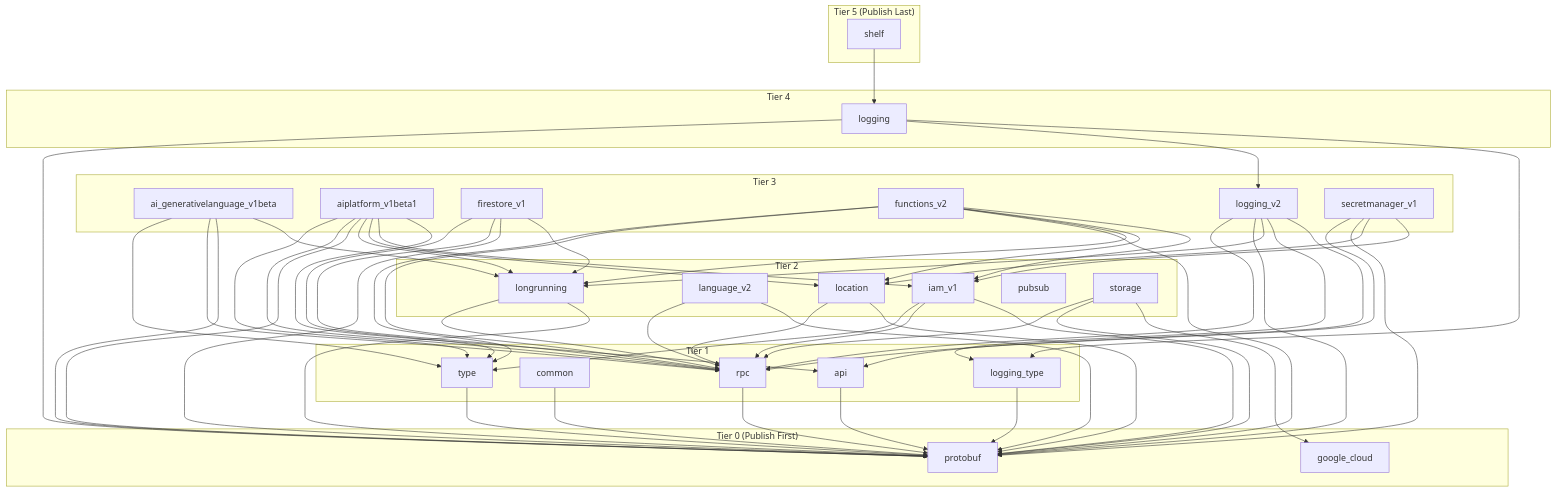
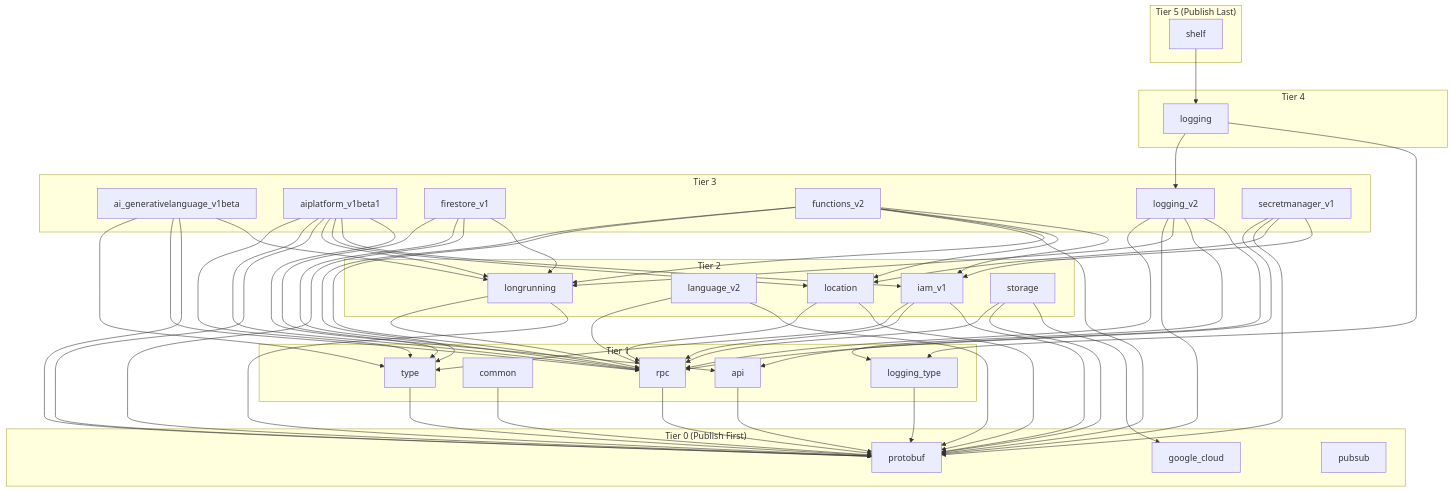
One commit to googleapis/google-cloud-dart changed the diagram in DEVELOPER_GUIDE.md. Above: the diagram before and after it, drawn with Mermaid. The commit also changed 1 other file, not shown here.

Commit message:
Configure CI and update package dependency diagram
- Copy firestore_emulators/firebase.json to configure Pub/Sub emulator in CI.
- Run update_docs.dart to update package dependency diagram (moving google_cloud_pubsub to Tier 0).

TAG=agy
CONV=06ddc172-e8da-4e30-bab8-139c539520f9

```diff
--- a/DEVELOPER_GUIDE.md
+++ b/DEVELOPER_GUIDE.md
@@ -17,6 +17,7 @@
   subgraph Tier0 ["Tier 0 (Publish First)"]
     google_cloud["google_cloud"]
     google_cloud_protobuf["protobuf"]
+    google_cloud_pubsub["pubsub"]
   end
 
   subgraph Tier1 ["Tier 1"]
@@ -32,7 +33,6 @@
     google_cloud_language_v2["language_v2"]
     google_cloud_location["location"]
     google_cloud_longrunning["longrunning"]
-    google_cloud_pubsub["pubsub"]
     google_cloud_storage["storage"]
   end
 
@@ -85,7 +85,6 @@
   google_cloud_location --> google_cloud_rpc
   google_cloud_logging --> google_cloud_logging_type
   google_cloud_logging --> google_cloud_logging_v2
-  google_cloud_logging --> google_cloud_protobuf
   google_cloud_logging_type --> google_cloud_protobuf
   google_cloud_logging_v2 --> google_cloud_api
   google_cloud_logging_v2 --> google_cloud_logging_type
@@ -94,7 +93,6 @@
   google_cloud_logging_v2 --> google_cloud_rpc
   google_cloud_longrunning --> google_cloud_protobuf
   google_cloud_longrunning --> google_cloud_rpc
-
   google_cloud_rpc --> google_cloud_protobuf
   google_cloud_secretmanager_v1 --> google_cloud_iam_v1
   google_cloud_secretmanager_v1 --> google_cloud_location
```
